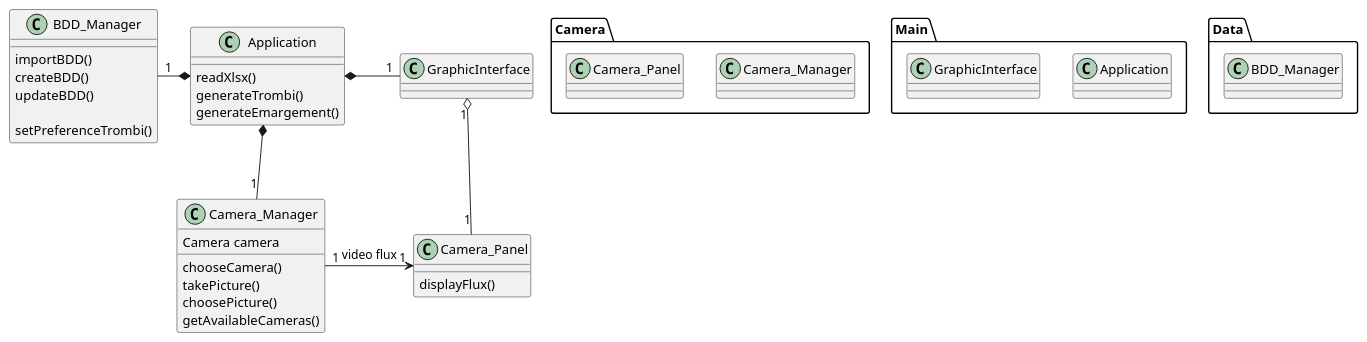
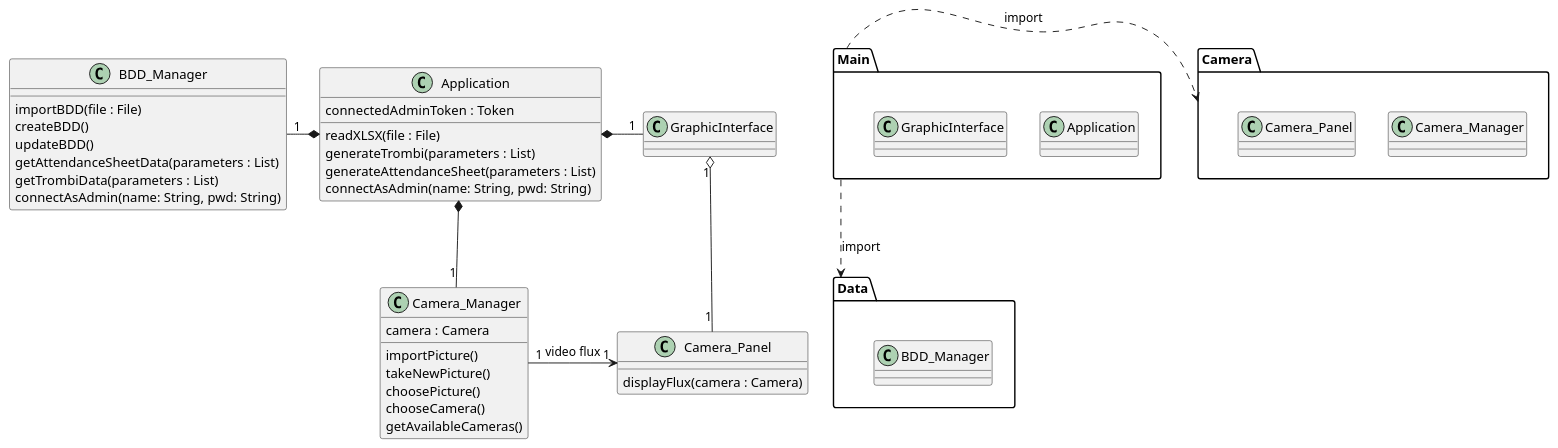
The diagram in Diagrammes/diagramme_class.wsd (pandadorable/Trombinoscope), drawn with PlantUML before and after one commit. The commit also changed 5 other files, not shown here.

Commit message:
fix : cohérence des diagrammes uml et respect du normalisme

```diff
--- a/Diagrammes/diagramme_class.wsd
+++ b/Diagrammes/diagramme_class.wsd
@@ -1,56 +1,64 @@
 @startuml classDiagram
 
 Package Camera {
     class Camera_Manager
     class Camera_Panel
 }
 
 Package Main {
     class Application
     class GraphicInterface
 }
 
 Package Data {
     class BDD_Manager
 }
 
 class Application {
-    readXlsx()
-    generateTrombi()
-    generateEmargement()
+    connectedAdminToken : Token
+    readXLSX(file : File)
+    generateTrombi(parameters : List)
+    generateAttendanceSheet(parameters : List)
+    connectAsAdmin(name: String, pwd: String)
 }
 
 class GraphicInterface {
 
 }
 
 
 class BDD_Manager {
-    importBDD()
+    importBDD(file : File)
     createBDD()
     updateBDD()
-
-    setPreferenceTrombi()
+    getAttendanceSheetData(parameters : List)
+    getTrombiData(parameters : List)
+    connectAsAdmin(name: String, pwd: String)
 }
 
 class Camera_Manager {
-    Camera camera
+    camera : Camera
+    importPicture()
+    takeNewPicture() 
+    choosePicture()
     chooseCamera()
-    takePicture() 
-    choosePicture() 
     getAvailableCameras()
 }
 
 class Camera_Panel {
-    displayFlux()
+    displayFlux(camera : Camera)
 }
+
+Main ..> Data : import
+Main .> Camera : import
+
 
 Application *-right- "1" GraphicInterface 
 Application *-left- "1" BDD_Manager
 Application *-down- "1" Camera_Manager
 
 GraphicInterface "1" o-- "1" Camera_Panel
 
 Camera_Manager "1" -right> "1" Camera_Panel : video flux
 
 @enduml
```
